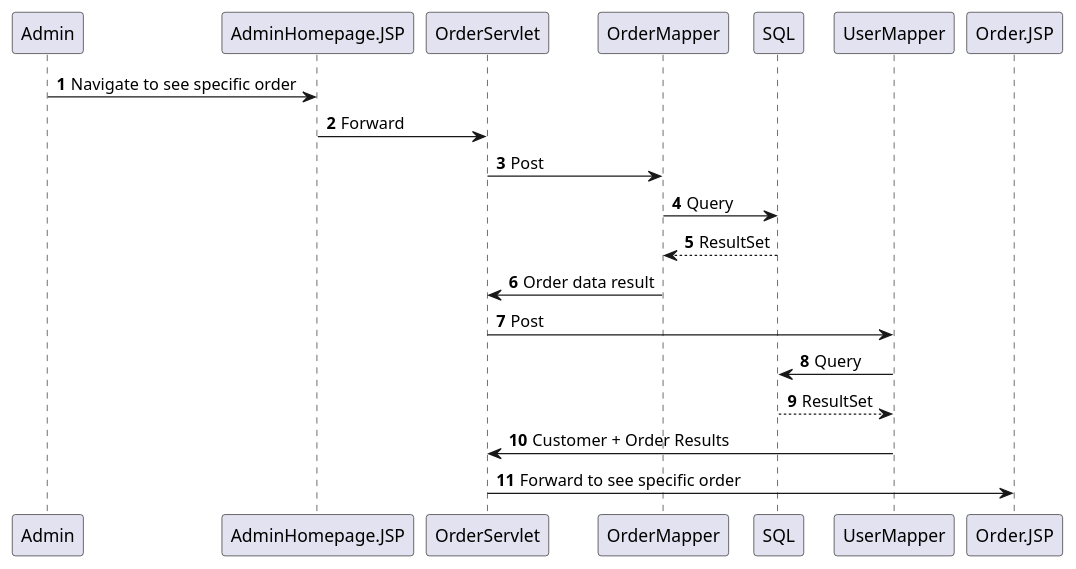
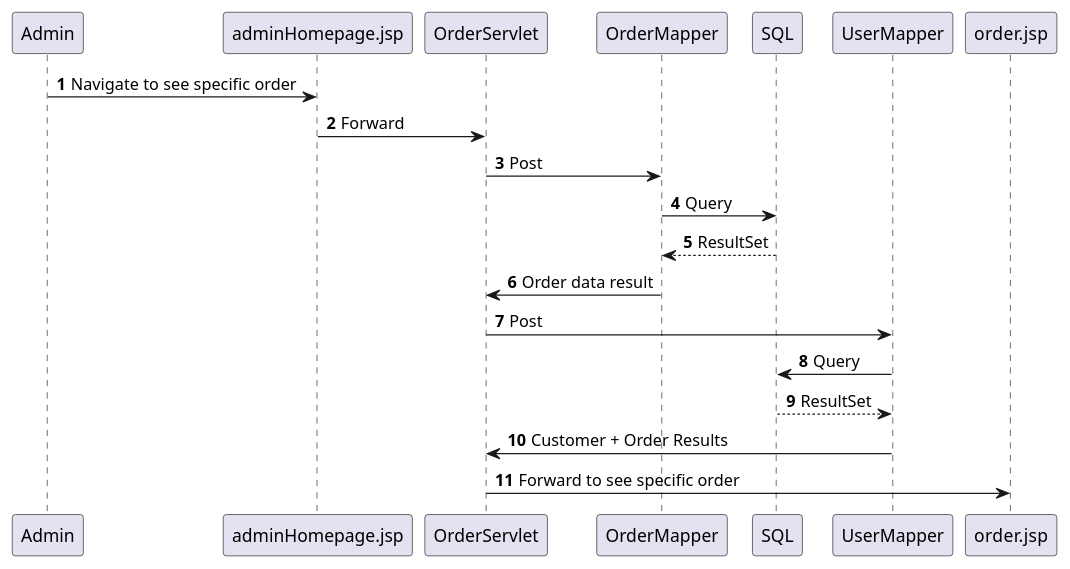
One commit to HeinLarsen/fog-carport changed the diagram in documentation/SqAdminSeeOrder.puml. Above: the diagram before and after it, drawn with PlantUML. The commit also changed 6 other files, not shown here.

```diff
--- a/documentation/SqAdminSeeOrder.puml
+++ b/documentation/SqAdminSeeOrder.puml
@@ -1,18 +1,18 @@
 @startuml
 'https://plantuml.com/sequence-diagram
 
 autonumber
 
-Admin -> AdminHomepage.JSP: Navigate to see specific order
-AdminHomepage.JSP -> OrderServlet: Forward
+Admin -> adminHomepage.jsp: Navigate to see specific order
+adminHomepage.jsp -> OrderServlet: Forward
 OrderServlet -> OrderMapper: Post
 OrderMapper -> SQL: Query
 SQL --> OrderMapper: ResultSet
 OrderMapper -> OrderServlet: Order data result
 OrderServlet -> UserMapper: Post
 UserMapper -> SQL: Query
 SQL --> UserMapper: ResultSet
 UserMapper -> OrderServlet: Customer + Order Results
-OrderServlet -> Order.JSP: Forward to see specific order
+OrderServlet -> order.jsp: Forward to see specific order
 
 @enduml
```
